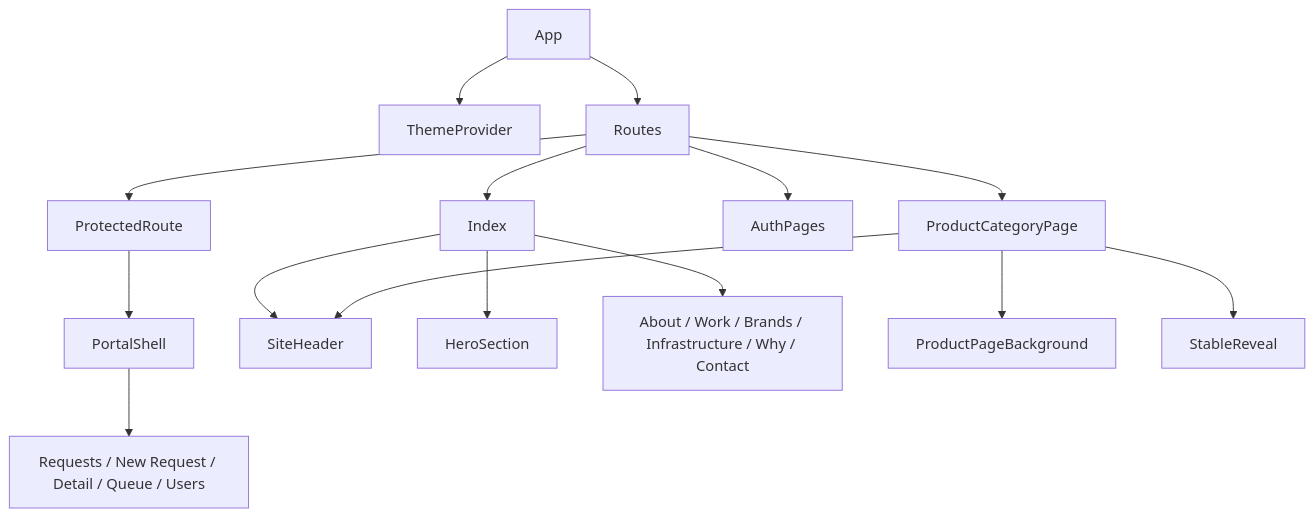
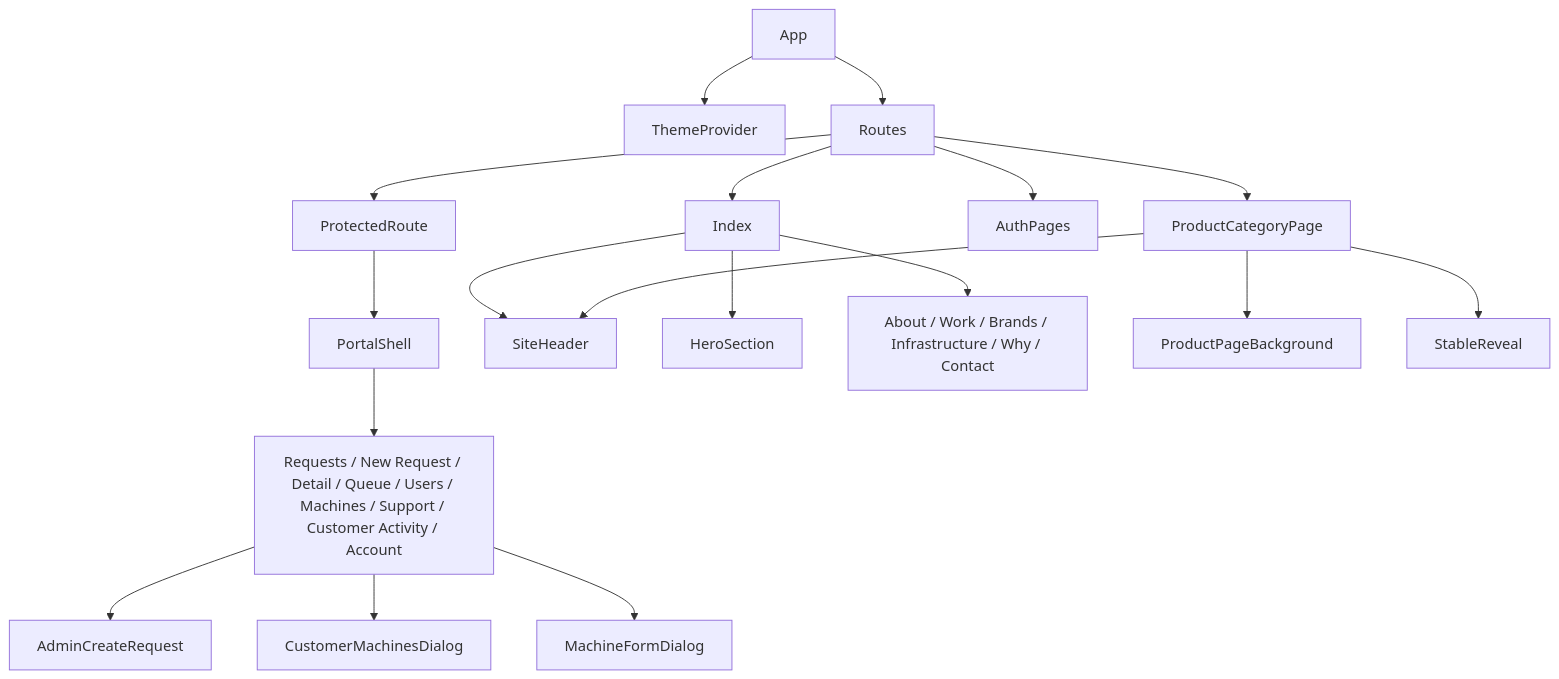
The ninth of 11 diagrams in README.md (ka8540/elkatech-launchpad), drawn with Mermaid before and after one commit. The commit also changed other lines of this file, not shown here.

````diff
--- a/README.md
+++ b/README.md
@@ -593,17 +739,20 @@
 ```mermaid
 flowchart TD
     App[App] --> ThemeProvider
     App --> Routes
     Routes --> Index
     Routes --> ProductCategoryPage
     Routes --> AuthPages
     Routes --> ProtectedRoute
     ProtectedRoute --> PortalShell
     Index --> SiteHeader
     Index --> HeroSection
     Index --> LandingSections[About / Work / Brands / Infrastructure / Why / Contact]
     ProductCategoryPage --> SiteHeader
     ProductCategoryPage --> ProductPageBackground
     ProductCategoryPage --> StableReveal
-    PortalShell --> PortalPages[Requests / New Request / Detail / Queue / Users]
+    PortalShell --> PortalPages[Requests / New Request / Detail / Queue / Users / Machines / Support / Customer Activity / Account]
+    PortalPages --> AdminCreateRequest
+    PortalPages --> CustomerMachinesDialog
+    PortalPages --> MachineFormDialog
 ```
````
